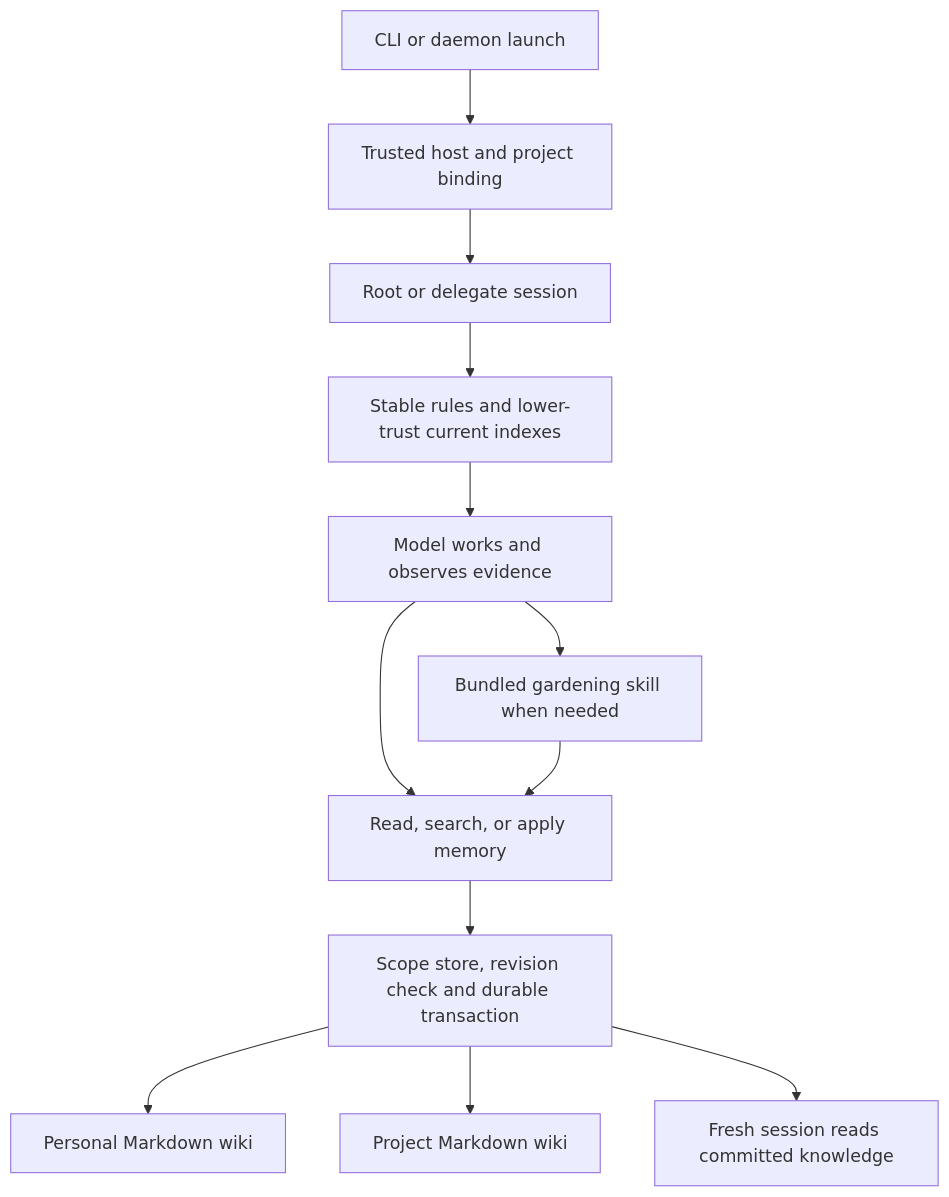
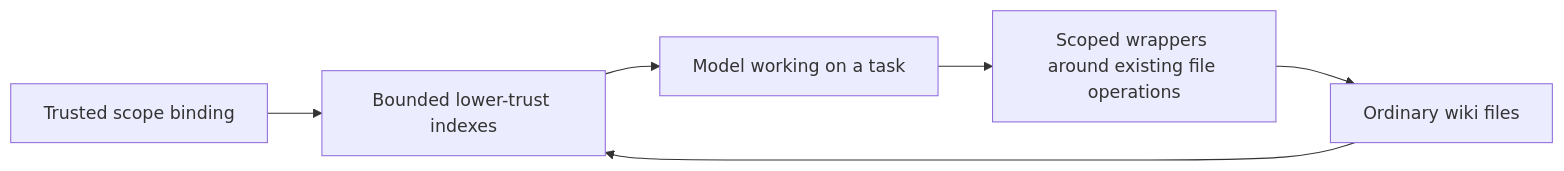
Before and after one commit to prime-radiant-inc/evener: the diagram in docs/superpowers/specs/2026-10-03-memory-wiki-design.md, drawn with Mermaid. The commit also changed other lines of this file and 1 other file, not shown here.

Commit message:
docs(memory): simplify wiki to free-form file wrappers

````diff
--- a/docs/superpowers/specs/2026-10-03-memory-wiki-design.md
+++ b/docs/superpowers/specs/2026-10-03-memory-wiki-design.md
@@ -66,14 +168,8 @@
 ```mermaid
-flowchart TD
-    L[CLI or daemon launch] --> B[Trusted host and project binding]
-    B --> S[Root or delegate session]
-    S --> C[Stable rules and lower-trust current indexes]
-    C --> M[Model works and observes evidence]
-    M --> T[Read, search, or apply memory]
-    T --> W[Scope store, revision check and durable transaction]
-    W --> P[Personal Markdown wiki]
-    W --> J[Project Markdown wiki]
-    W --> R[Fresh session reads committed knowledge]
-    M --> G[Bundled gardening skill when needed]
-    G --> T
+flowchart LR
+    B[Trusted scope binding] --> I[Bounded lower-trust indexes]
+    I --> M[Model working on a task]
+    M --> T[Scoped wrappers around existing file operations]
+    T --> W[Ordinary wiki files]
+    W --> I
 ```
````
